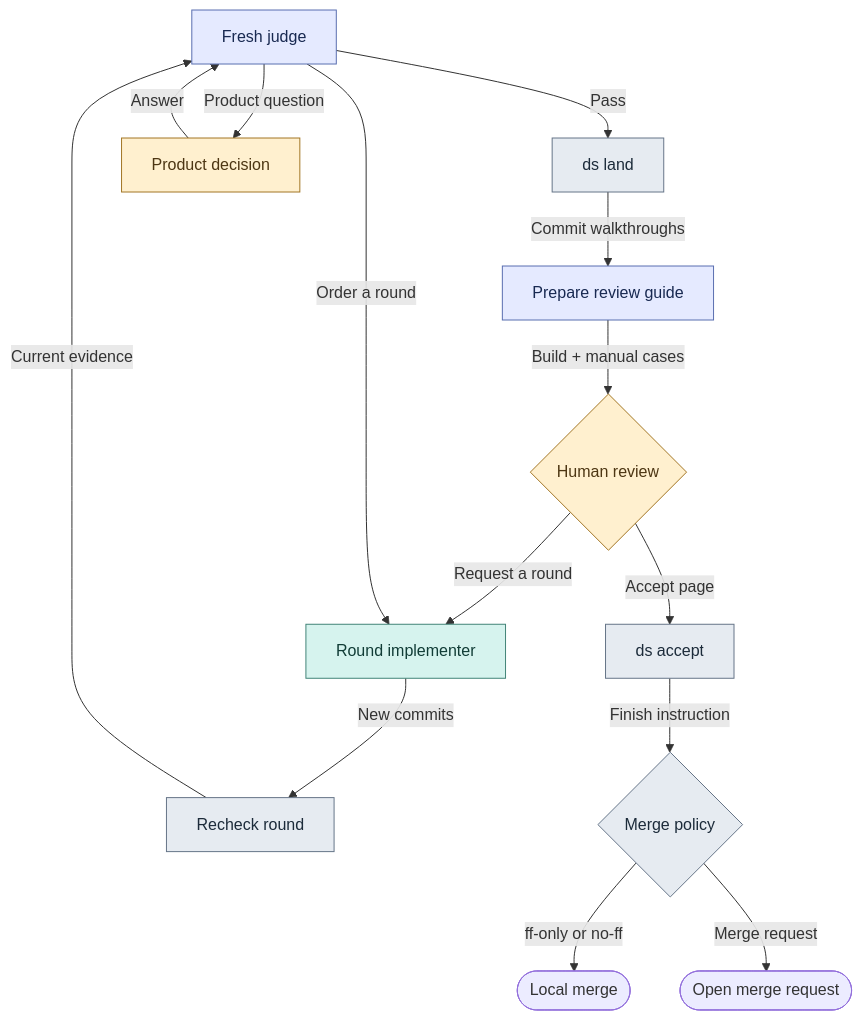
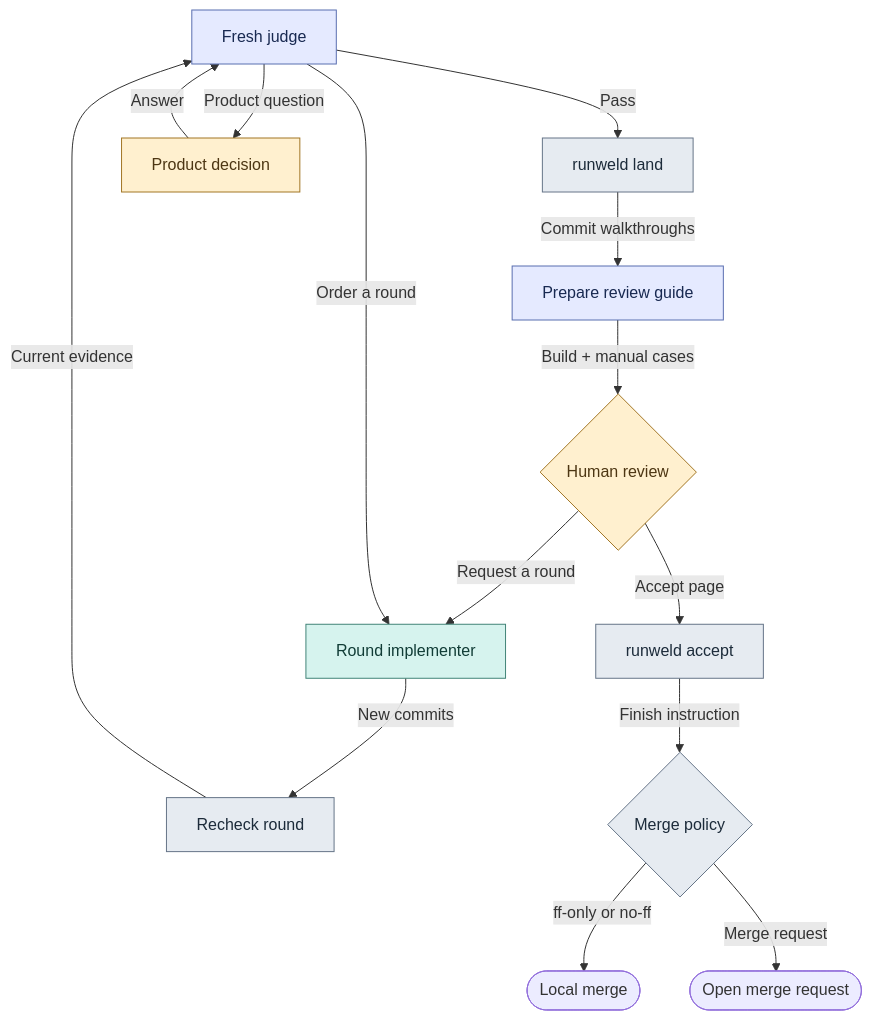
The sixth of 6 diagrams in README.md (bmox0/dev-skills), drawn with Mermaid before and after one commit. The commit also changed other lines of this file and 38 other files, not shown here.

Commit message:
feat(cli): rename the workflow CLI and entry skill to runweld

````diff
--- a/README.md
+++ b/README.md
@@ -214,20 +214,20 @@
 ```mermaid
 flowchart TD
-    judge["Fresh judge"]:::primary -->|"Pass"| land["ds land"]:::cli
+    judge["Fresh judge"]:::primary -->|"Pass"| land["runweld land"]:::cli
     land -->|"Commit walkthroughs"| guide["Prepare review guide"]:::primary
     guide -->|"Build + manual cases"| human{"Human review"}:::human
     human -->|"Request a round"| round["Round implementer"]:::secondary
     judge -->|"Order a round"| round
     round -->|"New commits"| check["Recheck round"]:::cli
     check -->|"Current evidence"| judge
     judge -->|"Product question"| answer["Product decision"]:::human
     answer -->|"Answer"| judge
-    human -->|"Accept page"| accept["ds accept"]:::cli
+    human -->|"Accept page"| accept["runweld accept"]:::cli
     accept -->|"Finish instruction"| finish{"Merge policy"}:::cli
     finish -->|"ff-only or no-ff"| local(["Local merge"])
     finish -->|"Merge request"| mr(["Open merge request"])
     classDef primary fill:#e5eaff,stroke:#596eb0,color:#182951
     classDef secondary fill:#d6f3ee,stroke:#428478,color:#113c36
     classDef cli fill:#e6ebf1,stroke:#667588,color:#1c2b3a
     classDef human fill:#fff0cf,stroke:#a27625,color:#4d3613
 ```
````
